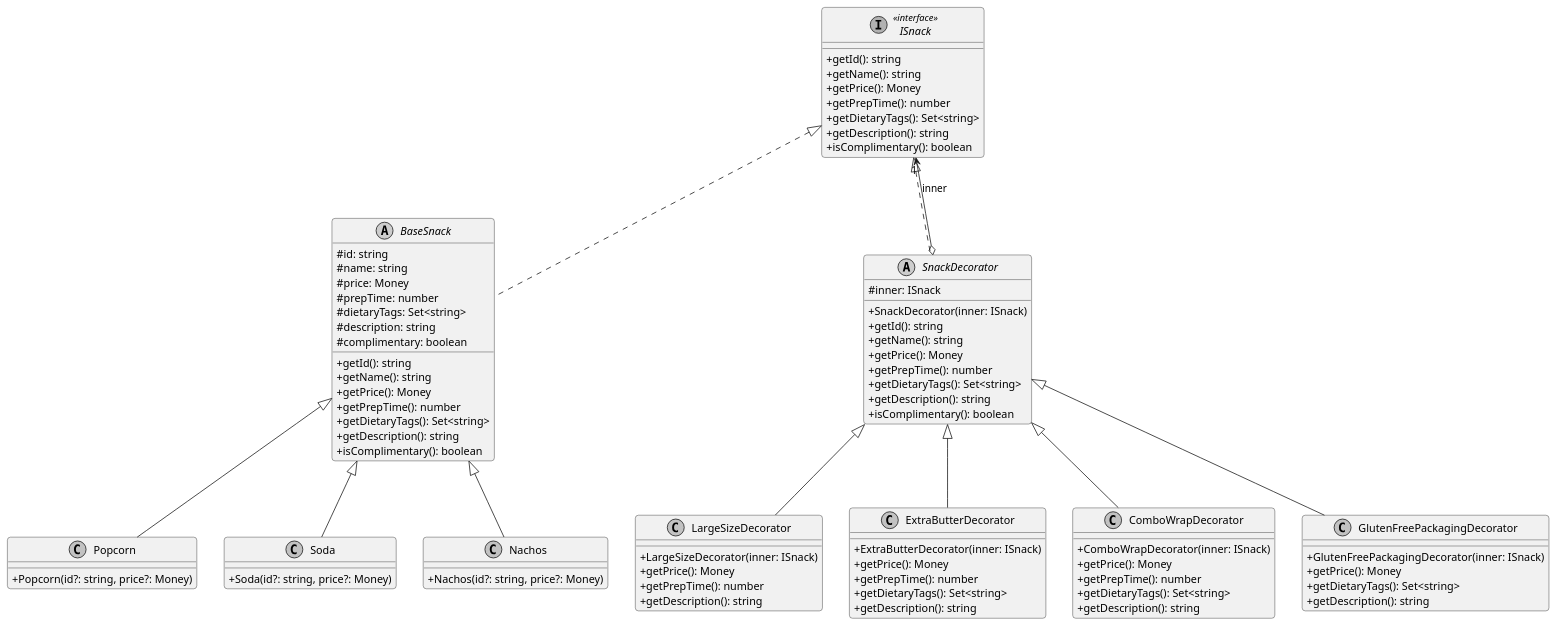
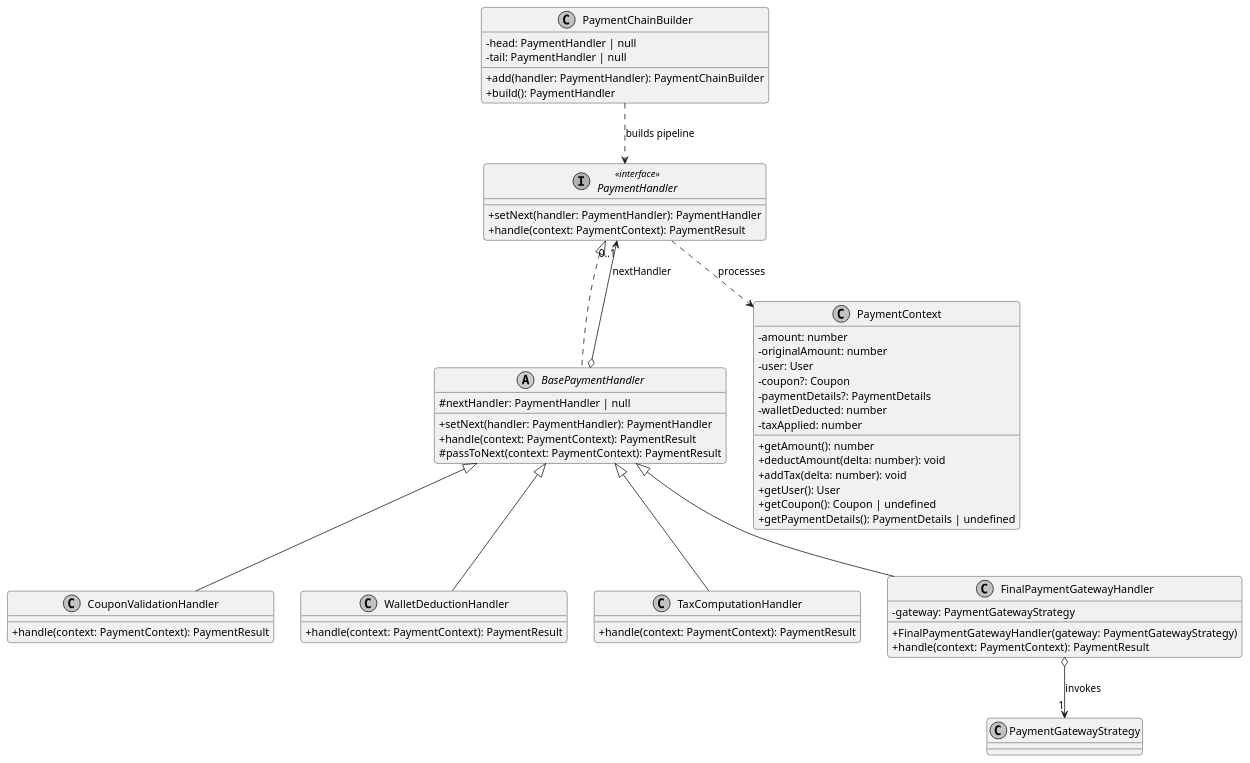
Before and after one commit to gurjung/movie-booking-system-lld: the fourth of 11 diagrams in README.md, drawn with PlantUML. The commit also changed other lines of this file, not shown here.

````diff
--- a/README.md
+++ b/README.md
@@ -581,99 +562,68 @@
 skinparam shadowing false
 skinparam monochrome true
 
-interface ISnack <<interface>> {
-    +getId(): string
-    +getName(): string
-    +getPrice(): Money
-    +getPrepTime(): number
-    +getDietaryTags(): Set<string>
-    +getDescription(): string
-    +isComplimentary(): boolean
+interface PaymentHandler <<interface>> {
+    +setNext(handler: PaymentHandler): PaymentHandler
+    +handle(context: PaymentContext): PaymentResult
 }
 
-abstract class BaseSnack {
-    #id: string
-    #name: string
-    #price: Money
-    #prepTime: number
-    #dietaryTags: Set<string>
-    #description: string
-    #complimentary: boolean
-    +getId(): string
-    +getName(): string
-    +getPrice(): Money
-    +getPrepTime(): number
-    +getDietaryTags(): Set<string>
-    +getDescription(): string
-    +isComplimentary(): boolean
+abstract class BasePaymentHandler {
+    #nextHandler: PaymentHandler | null
+    +setNext(handler: PaymentHandler): PaymentHandler
+    +handle(context: PaymentContext): PaymentResult
+    #passToNext(context: PaymentContext): PaymentResult
 }
 
-class Popcorn {
-    +Popcorn(id?: string, price?: Money)
+class CouponValidationHandler {
+    +handle(context: PaymentContext): PaymentResult
 }
 
-class Soda {
-    +Soda(id?: string, price?: Money)
+class WalletDeductionHandler {
+    +handle(context: PaymentContext): PaymentResult
 }
 
-class Nachos {
-    +Nachos(id?: string, price?: Money)
+class TaxComputationHandler {
+    +handle(context: PaymentContext): PaymentResult
 }
 
-abstract class SnackDecorator {
-    #inner: ISnack
-    +SnackDecorator(inner: ISnack)
-    +getId(): string
-    +getName(): string
-    +getPrice(): Money
-    +getPrepTime(): number
-    +getDietaryTags(): Set<string>
-    +getDescription(): string
-    +isComplimentary(): boolean
+class FinalPaymentGatewayHandler {
+    -gateway: PaymentGatewayStrategy
+    +FinalPaymentGatewayHandler(gateway: PaymentGatewayStrategy)
+    +handle(context: PaymentContext): PaymentResult
 }
 
-class LargeSizeDecorator {
-    +LargeSizeDecorator(inner: ISnack)
-    +getPrice(): Money
-    +getPrepTime(): number
-    +getDescription(): string
+class PaymentChainBuilder {
+    -head: PaymentHandler | null
+    -tail: PaymentHandler | null
+    +add(handler: PaymentHandler): PaymentChainBuilder
+    +build(): PaymentHandler
 }
 
-class ExtraButterDecorator {
-    +ExtraButterDecorator(inner: ISnack)
-    +getPrice(): Money
-    +getPrepTime(): number
-    +getDietaryTags(): Set<string>
-    +getDescription(): string
+class PaymentContext {
+    -amount: number
+    -originalAmount: number
+    -user: User
+    -coupon?: Coupon
+    -paymentDetails?: PaymentDetails
+    -walletDeducted: number
+    -taxApplied: number
+    +getAmount(): number
+    +deductAmount(delta: number): void
+    +addTax(delta: number): void
+    +getUser(): User
+    +getCoupon(): Coupon | undefined
+    +getPaymentDetails(): PaymentDetails | undefined
 }
 
-class ComboWrapDecorator {
-    +ComboWrapDecorator(inner: ISnack)
-    +getPrice(): Money
-    +getPrepTime(): number
-    +getDietaryTags(): Set<string>
-    +getDescription(): string
-}
+PaymentHandler <|.. BasePaymentHandler
+BasePaymentHandler <|-- CouponValidationHandler
+BasePaymentHandler <|-- WalletDeductionHandler
+BasePaymentHandler <|-- TaxComputationHandler
+BasePaymentHandler <|-- FinalPaymentGatewayHandler
 
-class GlutenFreePackagingDecorator {
-    +GlutenFreePackagingDecorator(inner: ISnack)
-    +getPrice(): Money
-    +getDietaryTags(): Set<string>
-    +getDescription(): string
-}
-
-ISnack <|.. BaseSnack
-ISnack <|.. SnackDecorator
-
-BaseSnack <|-- Popcorn
-BaseSnack <|-- Soda
-BaseSnack <|-- Nachos
-
-SnackDecorator <|-- LargeSizeDecorator
-SnackDecorator <|-- ExtraButterDecorator
-SnackDecorator <|-- ComboWrapDecorator
-SnackDecorator <|-- GlutenFreePackagingDecorator
-
-SnackDecorator o--> "1" ISnack : inner
+BasePaymentHandler o--> "0..1" PaymentHandler : nextHandler
+PaymentChainBuilder ..> PaymentHandler : builds pipeline
+PaymentHandler ..> PaymentContext : processes
+FinalPaymentGatewayHandler o--> "1" PaymentGatewayStrategy : invokes
 @enduml
 ```
````
